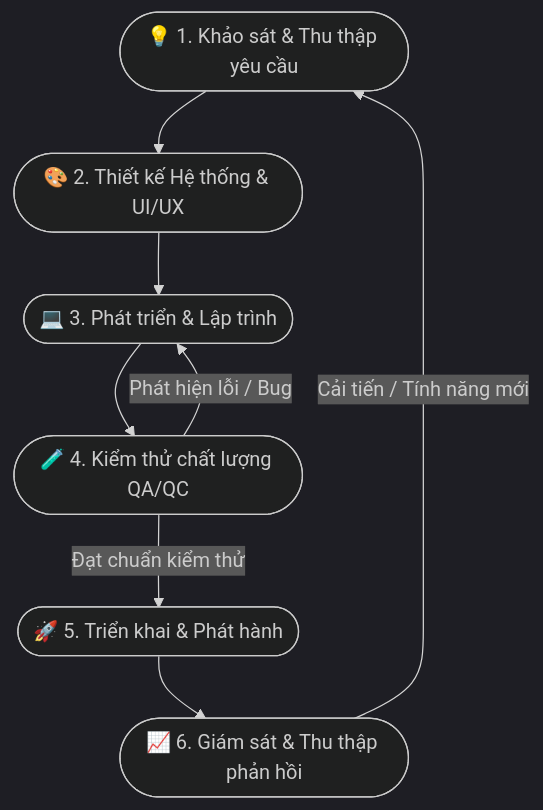
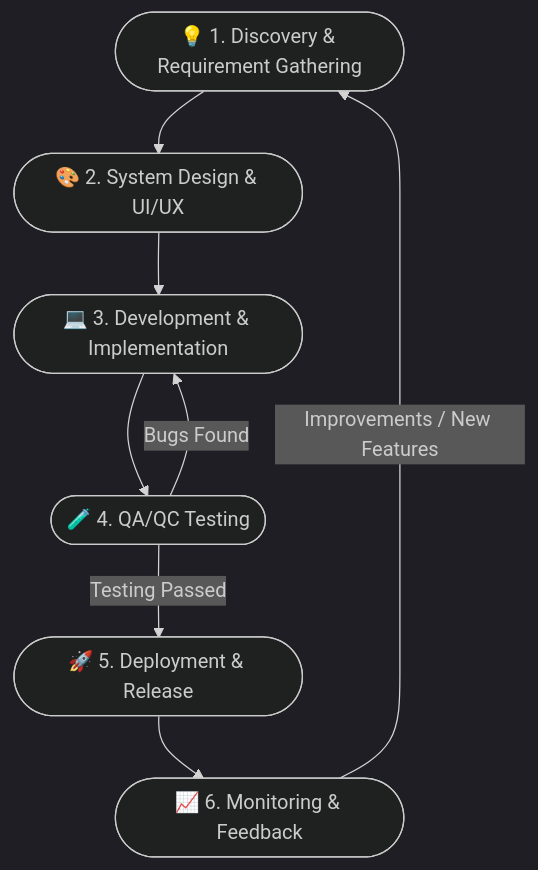
Before and after one commit to vuthang692005/ts-learning: the first of 3 diagrams in README.md, drawn with Mermaid (dark theme). The commit also changed other lines of this file, not shown here.

````diff
--- a/README.md
+++ b/README.md
@@ -9,10 +5,10 @@
 ```mermaid
 flowchart TD
-    A([💡 1. Khảo sát & Thu thập yêu cầu]) --> B([🎨 2. Thiết kế Hệ thống & UI/UX])
-    B --> C([💻 3. Phát triển & Lập trình])
-    C --> D([🧪 4. Kiểm thử chất lượng QA/QC])
-    D -->|Phát hiện lỗi / Bug| C
-    D -->|Đạt chuẩn kiểm thử| E([🚀 5. Triển khai & Phát hành])
-    E --> F([📈 6. Giám sát & Thu thập phản hồi])
-    F -->|Cải tiến / Tính năng mới| A
+    A([💡 1. Discovery & Requirement Gathering]) --> B([🎨 2. System Design & UI/UX])
+    B --> C([💻 3. Development & Implementation])
+    C --> D([🧪 4. QA/QC Testing])
+    D -->|Bugs Found| C
+    D -->|Testing Passed| E([🚀 5. Deployment & Release])
+    E --> F([📈 6. Monitoring & Feedback])
+    F -->|Improvements / New Features| A
 ```
````
